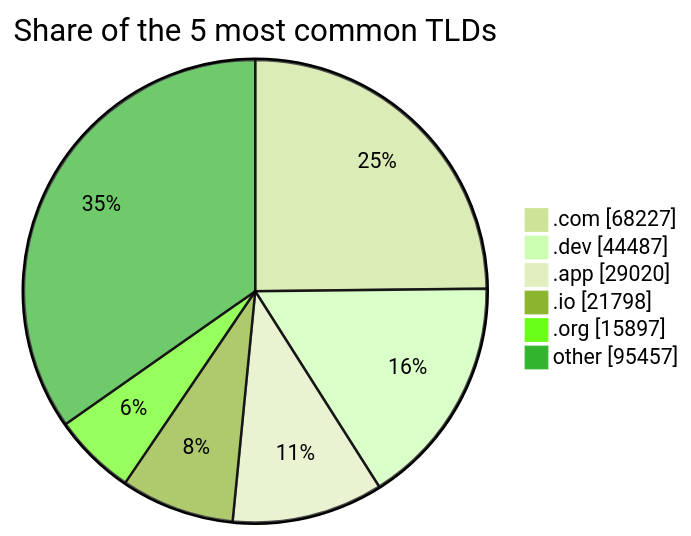
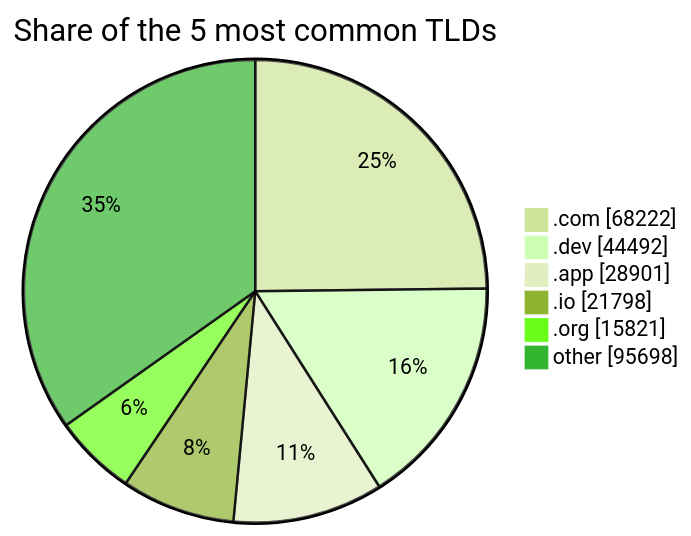
Before and after one commit to DNSBunker/CTI: the third of 3 diagrams in README.md, drawn with Mermaid (forest theme). The commit also changed other lines of this file and 3 other files, not shown here.

````diff
--- a/README.md
+++ b/README.md
@@ -81,9 +81,9 @@
 ```mermaid
 pie showData title Share of the 5 most common TLDs
-    ".com" : 68227
-    ".dev" : 44487
-    ".app" : 29020
+    ".com" : 68222
+    ".dev" : 44492
+    ".app" : 28901
     ".io" : 21798
-    ".org" : 15897
-    "other" : 95457
+    ".org" : 15821
+    "other" : 95698
 ```
````
